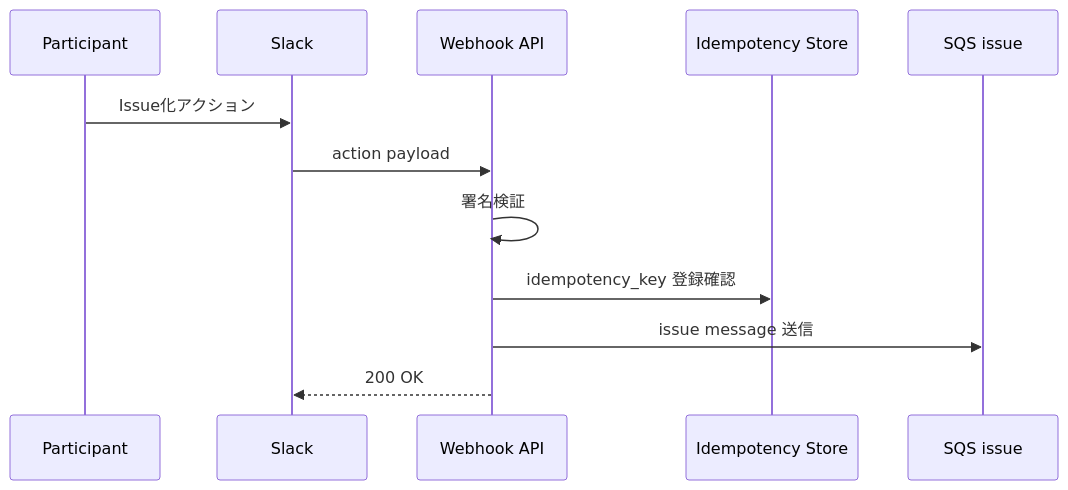
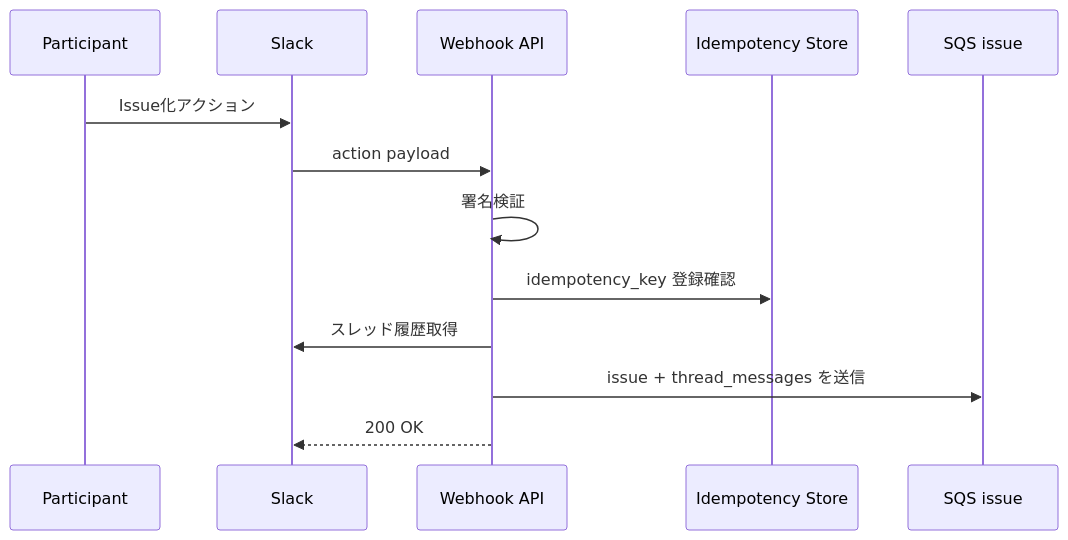
Before and after one commit to Asheze1127/progress-checker: the seventh of 10 diagrams in docs/details/process-flow.md, drawn with Mermaid. The commit also changed other lines of this file, not shown here.

Commit message:
update process flow

````diff
--- a/docs/details/process-flow.md
+++ b/docs/details/process-flow.md
@@ -180,15 +183,16 @@
 ```mermaid
 sequenceDiagram
     participant User as Participant
     participant Slack as Slack
     participant API as Webhook API
     participant IDS as Idempotency Store
     participant SQSI as SQS issue
 
     User->>Slack: Issue化アクション
     Slack->>API: action payload
     API->>API: 署名検証
     API->>IDS: idempotency_key 登録確認
-    API->>SQSI: issue message 送信
+    API->>Slack: スレッド履歴取得
+    API->>SQSI: issue + thread_messages を送信
     API-->>Slack: 200 OK
 ```
````
